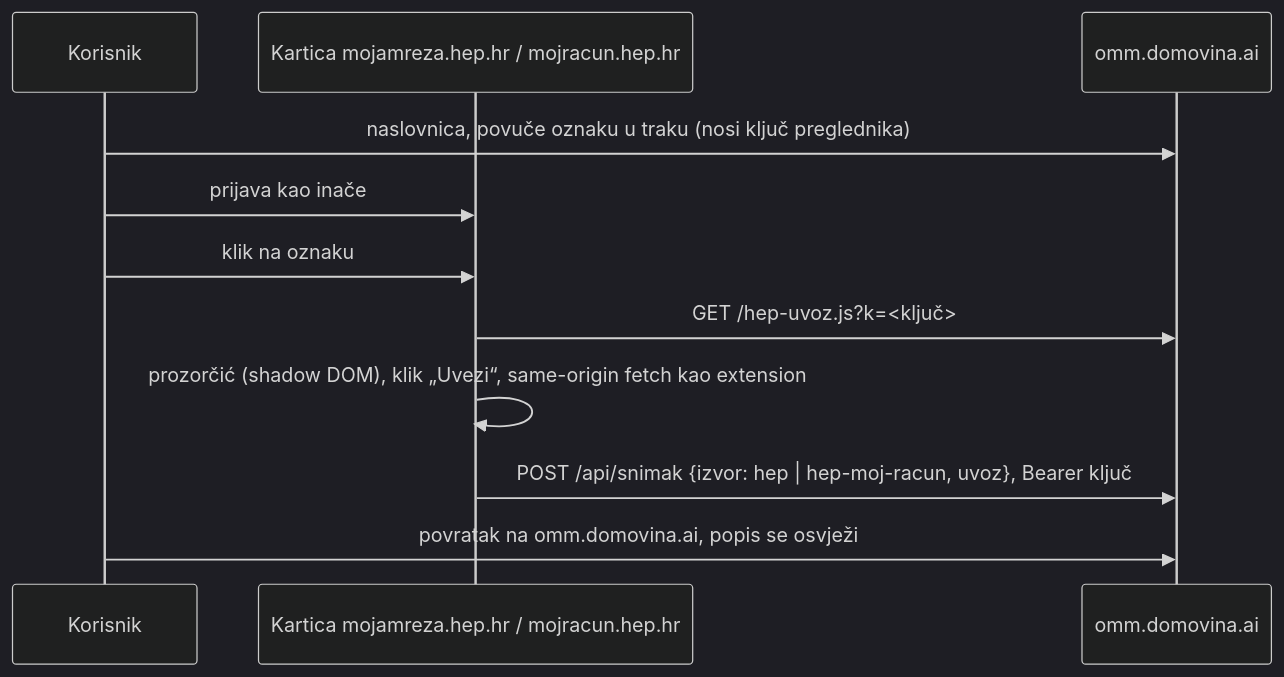
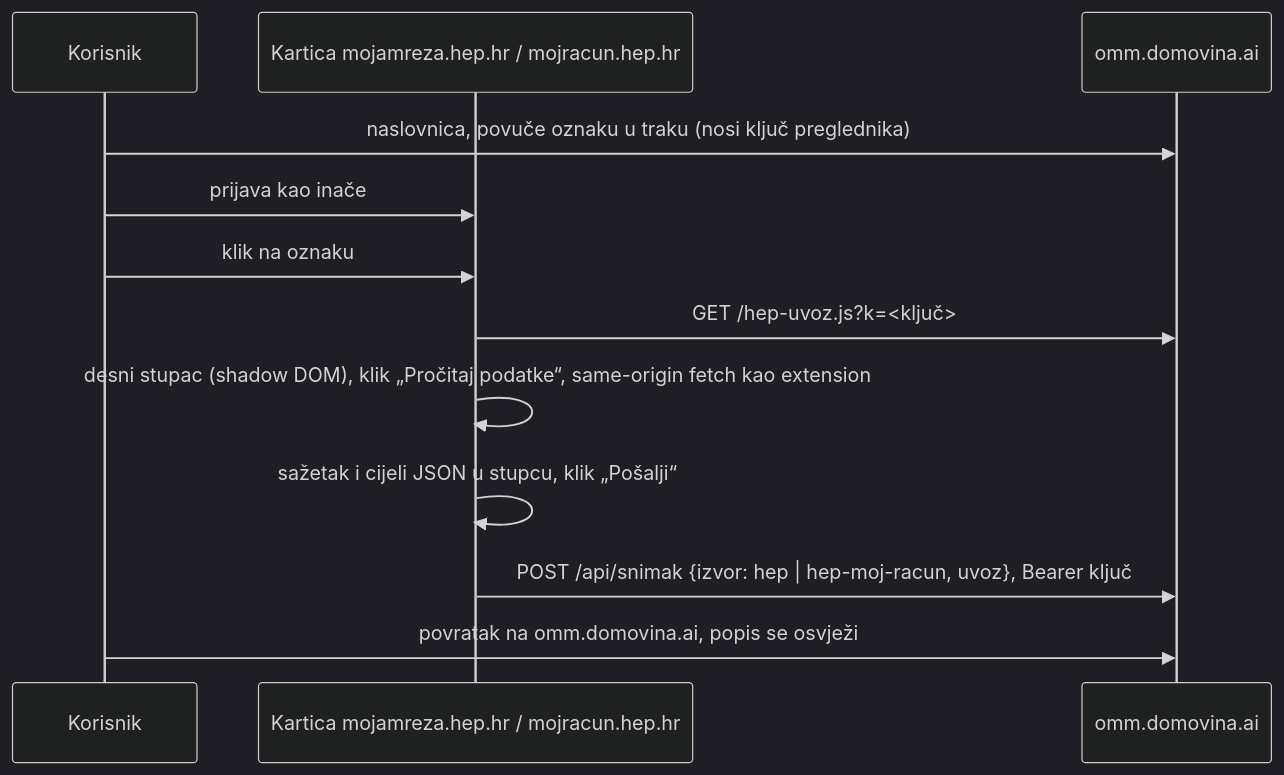
One commit to stepanic/flutter_moja_mreza changed the diagram in docs/2026-10-14-uvoz-bez-instalacije.md. Above: the diagram before and after it, drawn with Mermaid (dark theme). The commit also changed other lines of this file and 3 other files, not shown here.

First line of the commit message:
feat(oznaka): desni stupac koji prije čitanja i slanja kaže što radi

````diff
--- a/docs/2026-10-14-uvoz-bez-instalacije.md
+++ b/docs/2026-10-14-uvoz-bez-instalacije.md
@@ -36,13 +36,14 @@
 ```mermaid
 sequenceDiagram
     participant K as Korisnik
     participant H as Kartica mojamreza.hep.hr / mojracun.hep.hr
     participant O as omm.domovina.ai
     K->>O: naslovnica, povuče oznaku u traku (nosi ključ preglednika)
     K->>H: prijava kao inače
     K->>H: klik na oznaku
     H->>O: GET /hep-uvoz.js?k=<ključ>
-    H->>H: prozorčić (shadow DOM), klik „Uvezi“, same-origin fetch kao extension
+    H->>H: desni stupac (shadow DOM), klik „Pročitaj podatke“, same-origin fetch kao extension
+    H->>H: sažetak i cijeli JSON u stupcu, klik „Pošalji“
     H->>O: POST /api/snimak {izvor: hep | hep-moj-racun, uvoz}, Bearer ključ
     K->>O: povratak na omm.domovina.ai, popis se osvježi
 ```
````
